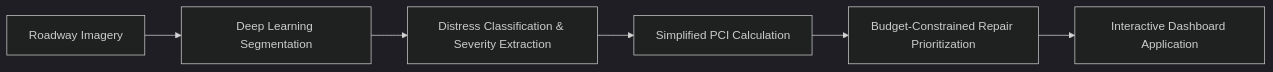
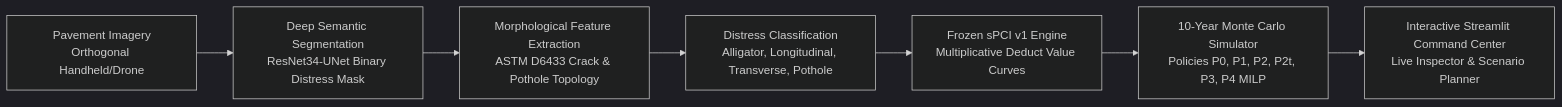
The diagram in README.md (skilloutofbounds/road-pci-intelligence), drawn with Mermaid (dark theme) before and after one commit. The commit also changed other lines of this file and 8 other files, not shown here.

````diff
--- a/README.md
+++ b/README.md
@@ -21,8 +26,9 @@
 ```mermaid
 flowchart LR
-    A[Roadway Imagery] --> B[Deep Learning Segmentation]
-    B --> C[Distress Classification & Severity Extraction]
-    C --> D[Simplified PCI Calculation]
-    D --> E[Budget-Constrained Repair Prioritization]
-    E --> F[Interactive Dashboard Application]
+    A[Pavement Imagery\nOrthogonal Handheld/Drone] --> B[Deep Semantic Segmentation\nResNet34-UNet Binary Distress Mask]
+    B --> C[Morphological Feature Extraction\nASTM D6433 Crack & Pothole Topology]
+    C --> D[Distress Classification\nAlligator, Longitudinal, Transverse, Pothole]
+    D --> E[Frozen sPCI v1 Engine\nMultiplicative Deduct Value Curves]
+    E --> F[10-Year Monte Carlo Simulator\nPolicies P0, P1, P2, P2t, P3, P4 MILP]
+    F --> G[Interactive Streamlit Command Center\nLive Inspector & Scenario Planner]
 ```
````
